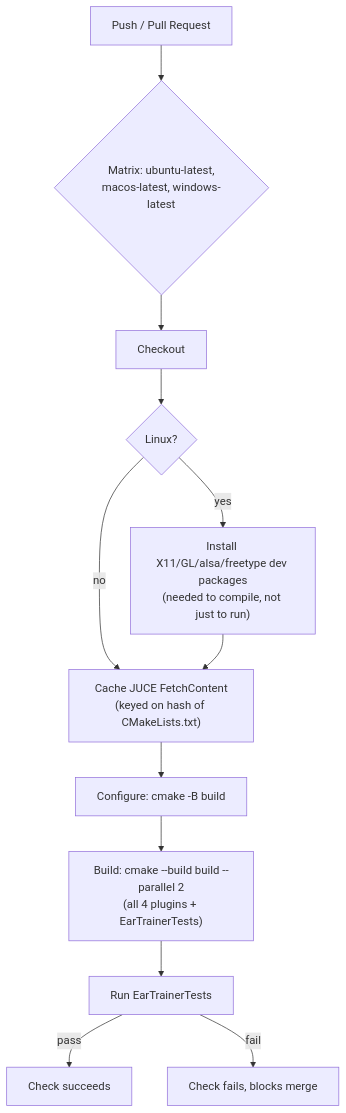
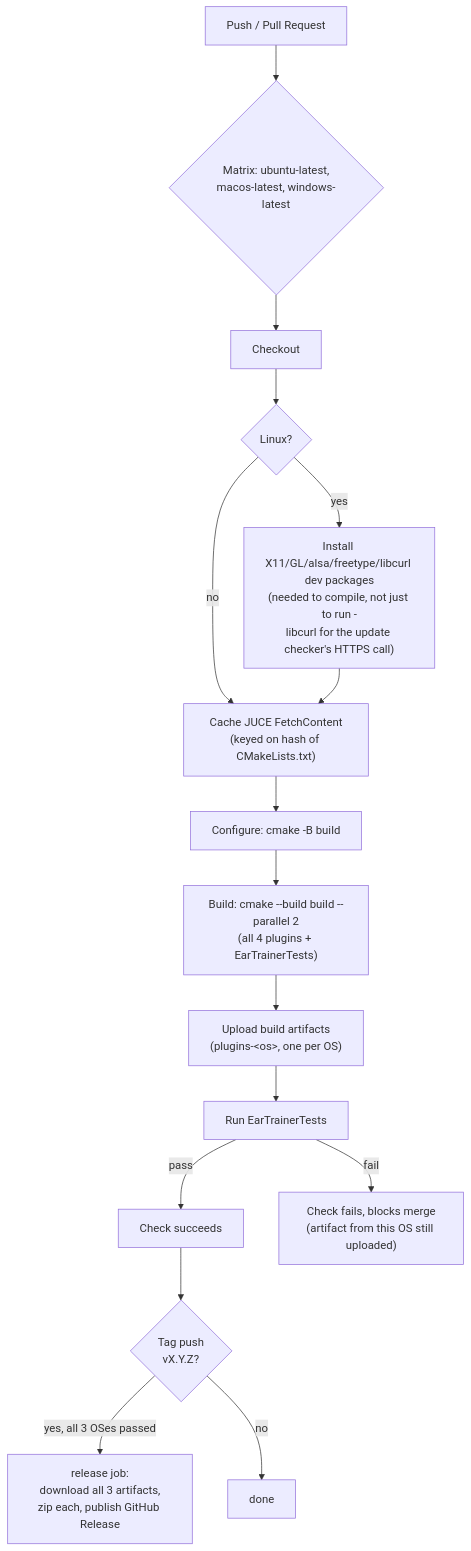
The diagram in docs/diagrams/ci-pipeline.md (bogggare567/abcTrain), drawn with Mermaid before and after one commit. The commit also changed other lines of this file and 22 other files, not shown here.

````diff
--- a/docs/diagrams/ci-pipeline.md
+++ b/docs/diagrams/ci-pipeline.md
@@ -46,14 +50,18 @@
 ```mermaid
 flowchart TD
     A["Push / Pull Request"] --> B{"Matrix: ubuntu-latest,\nmacos-latest, windows-latest"}
     B --> C["Checkout"]
     C --> D{"Linux?"}
-    D -- yes --> E["Install X11/GL/alsa/freetype dev packages\n(needed to compile, not just to run)"]
+    D -- yes --> E["Install X11/GL/alsa/freetype/libcurl dev packages\n(needed to compile, not just to run -\nlibcurl for the update checker's HTTPS call)"]
     D -- no --> F["Cache JUCE FetchContent\n(keyed on hash of CMakeLists.txt)"]
     E --> F
     F --> G["Configure: cmake -B build"]
     G --> H["Build: cmake --build build --parallel 2\n(all 4 plugins + EarTrainerTests)"]
-    H --> I["Run EarTrainerTests"]
+    H --> U["Upload build artifacts\n(plugins-&lt;os&gt;, one per OS)"]
+    U --> I["Run EarTrainerTests"]
     I -- pass --> J["Check succeeds"]
-    I -- fail --> K["Check fails, blocks merge"]
+    I -- fail --> K["Check fails, blocks merge\n(artifact from this OS still uploaded)"]
+    J --> T{"Tag push\nvX.Y.Z?"}
+    T -- yes, all 3 OSes passed --> R["release job:\ndownload all 3 artifacts,\nzip each, publish GitHub Release"]
+    T -- no --> Z["done"]
 ```
````
